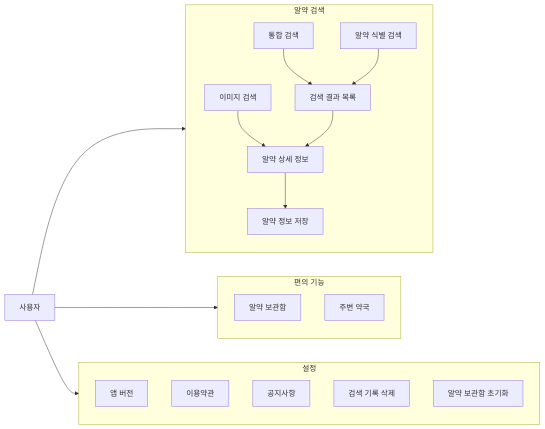
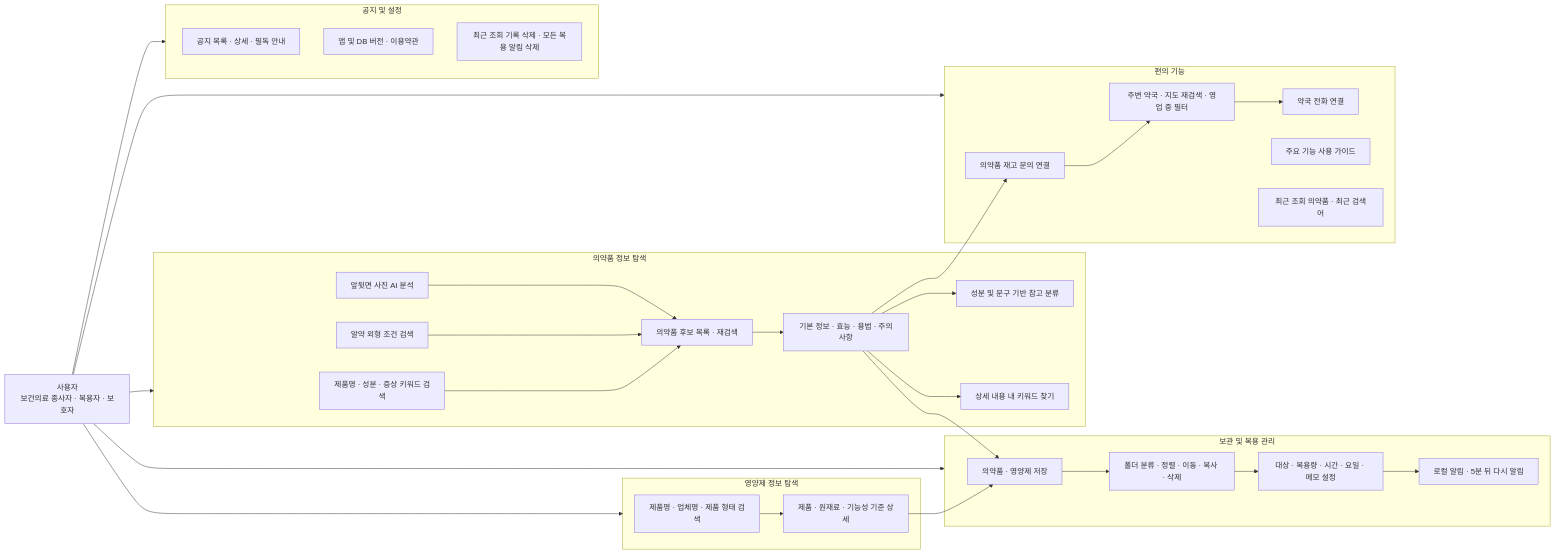
The diagram in diagram/usecase.md (KNUT-Capstone-Design-team-1/wip-document), drawn with Mermaid before and after one commit. The commit also changed 31 other files, not shown here.

````diff
--- a/diagram/usecase.md
+++ b/diagram/usecase.md
@@ -1,43 +5,53 @@
 ```mermaid
 flowchart LR
-    user[사용자]
-
-    %% 알약 검색
-    subgraph pill_search[알약 검색]
-        unified_search[통합 검색]
-        pill_identification_search[알약 식별 검색]
-        pill_image_search[이미지 검색]
-        pill_search_result_list[검색 결과 목록]
-
-        pill_detail[알약 상세 정보]
-        save_pill[알약 정보 저장]
-
-        unified_search --> pill_search_result_list
-        pill_identification_search --> pill_search_result_list
-        pill_image_search --> pill_detail
-        pill_search_result_list --> pill_detail
-        pill_detail --> save_pill
+    User["사용자<br/>보건의료 종사자 · 복용자 · 보호자"]
+    subgraph Search[의약품 정보 탐색]
+        Unified[제품명 · 성분 · 증상 키워드 검색]
+        Identify[알약 외형 조건 검색]
+        Image[앞뒷면 사진 AI 분석]
+        Results[의약품 후보 목록 · 재검색]
+        Detail[기본 정보 · 효능 · 용법 · 주의사항]
+        Safety[성분 및 문구 기반 참고 분류]
+        Find[상세 내용 내 키워드 찾기]
+        Unified --> Results
+        Identify --> Results
+        Image --> Results
+        Results --> Detail
+        Detail --> Safety
+        Detail --> Find
     end
-
-
-    %% 편의 기능
-    subgraph convenience_features[편의 기능]
-        pill_save[알약 보관함]
-        nearby_pharmacy[주변 약국]
+    subgraph Food[영양제 정보 탐색]
+        FoodSearch[제품명 · 업체명 · 제품 형태 검색] --> FoodDetail[제품 · 원재료 · 기능성 기준 상세]
     end
-
-
-    %% 설정
-    subgraph settings[설정]
-        app_version[앱 버전]
-        terms_of_service[이용약관]
-        notice[공지사항]
-        delete_search_record[검색 기록 삭제]
-        reset_pill_save[알약 보관함 초기화]
+    subgraph Manage[보관 및 복용 관리]
+        Save[의약품 · 영양제 저장]
+        Folder[폴더 분류 · 정렬 · 이동 · 복사 · 삭제]
+        Reminder[대상 · 복용량 · 시간 · 요일 · 메모 설정]
+        Notify[로컬 알림 · 5분 뒤 다시 알림]
+        Save --> Folder
+        Folder --> Reminder
+        Reminder --> Notify
     end
-
-
-    user --> pill_search
-    user --> convenience_features
-    user --> settings
+    subgraph Convenience[편의 기능]
+        Pharmacy[주변 약국 · 지도 재검색 · 영업 중 필터]
+        Call[약국 전화 연결]
+        Inquiry[의약품 재고 문의 연결]
+        Guide[주요 기능 사용 가이드]
+        Recent[최근 조회 의약품 · 최근 검색어]
+        Pharmacy --> Call
+        Inquiry --> Pharmacy
+    end
+    subgraph Setting[공지 및 설정]
+        Notice[공지 목록 · 상세 · 필독 안내]
+        Info[앱 및 DB 버전 · 이용약관]
+        Clear[최근 조회 기록 삭제 · 모든 복용 알림 삭제]
+    end
+    User --> Search
+    User --> Food
+    User --> Manage
+    User --> Convenience
+    User --> Setting
+    Detail --> Save
+    FoodDetail --> Save
+    Detail --> Inquiry
 ```
````
